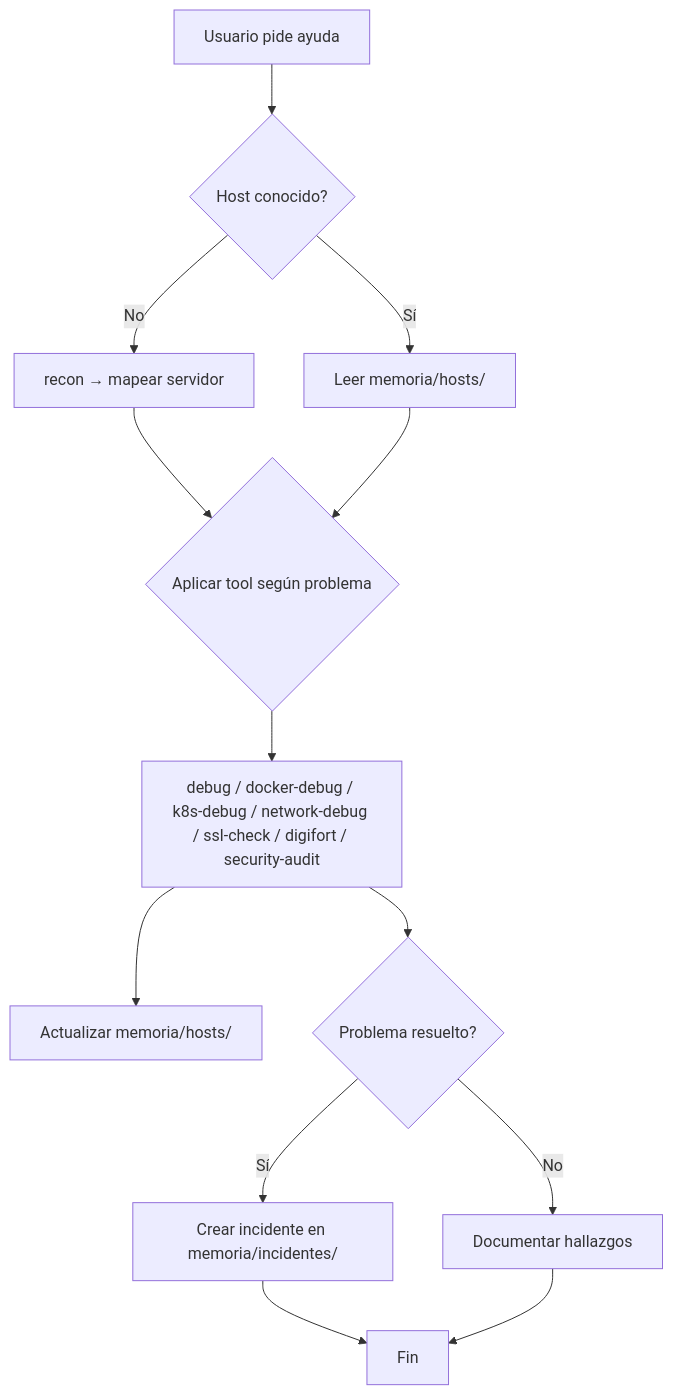
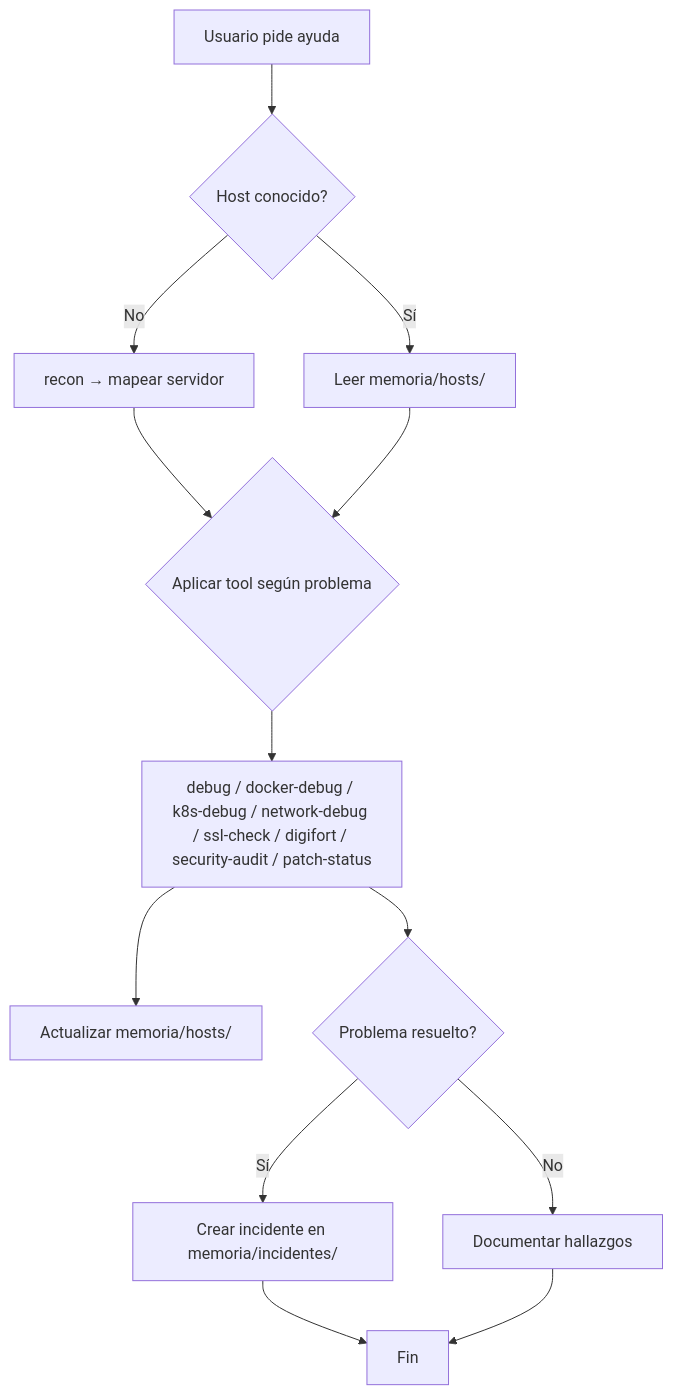
Before and after one commit to 4h1g4L0w4/Sysadmin-AI-Ecosystem: the diagram in README.md, drawn with Mermaid. The commit also changed other lines of this file and 4 other files, not shown here.

Commit message:
Add patch-status tool

````diff
--- a/README.md
+++ b/README.md
@@ -263,15 +282,15 @@
 ```mermaid
 graph TD
     A[Usuario pide ayuda] --> B{Host conocido?}
     B -->|No| C[recon → mapear servidor]
     B -->|Sí| D[Leer memoria/hosts/]
     C --> E{Aplicar tool según problema}
     D --> E
-    E --> F[debug / docker-debug / k8s-debug / network-debug / ssl-check / digifort / security-audit]
+    E --> F[debug / docker-debug / k8s-debug / network-debug / ssl-check / digifort / security-audit / patch-status]
     F --> G[Actualizar memoria/hosts/]
     F --> H{Problema resuelto?}
     H -->|Sí| I[Crear incidente en memoria/incidentes/]
     H -->|No| J[Documentar hallazgos]
     I --> K[Fin]
     J --> K
 ```
````
